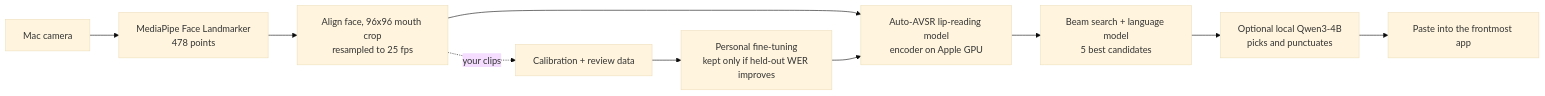
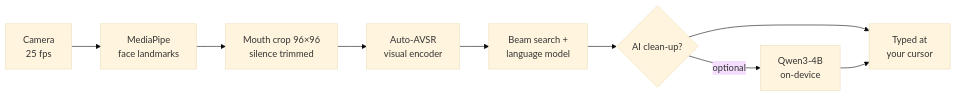
Before and after one commit to KeWang0622/silent-dictation: the diagram in README.md, drawn with Mermaid (base theme). The commit also changed other lines of this file and 63 other files, not shown here.

First line of the commit message:
Silent Dictation 0.2: native Mac app with guided setup and personal training

````diff
--- a/README.md
+++ b/README.md
@@ -19,12 +62,11 @@
 ```mermaid
 flowchart LR
-  A[Mac camera] --> B[MediaPipe Face Landmarker<br/>478 points]
-  B --> C[Align face, 96x96 mouth crop<br/>resampled to 25 fps]
-  C --> D[Auto-AVSR lip-reading model<br/>encoder on Apple GPU]
-  D --> E[Beam search + language model<br/>5 best candidates]
-  E --> F[Optional local Qwen3-4B<br/>picks and punctuates]
-  F --> G[Paste into the frontmost app]
-  C -. your clips .-> H[Calibration + review data]
-  H --> I[Personal fine-tuning<br/>kept only if held-out WER improves]
-  I --> D
+  A[Camera<br/>25 fps] --> B[MediaPipe<br/>face landmarks]
+  B --> C[Mouth crop 96×96<br/>silence trimmed]
+  C --> D[Auto-AVSR<br/>visual encoder]
+  D --> E[Beam search +<br/>language model]
+  E --> F{AI clean-up?}
+  F -- optional --> G[Qwen3-4B<br/>on-device]
+  F --> H[Typed at<br/>your cursor]
+  G --> H
 ```
````
